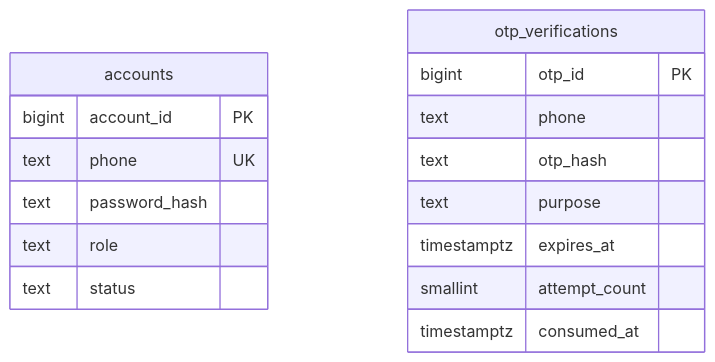
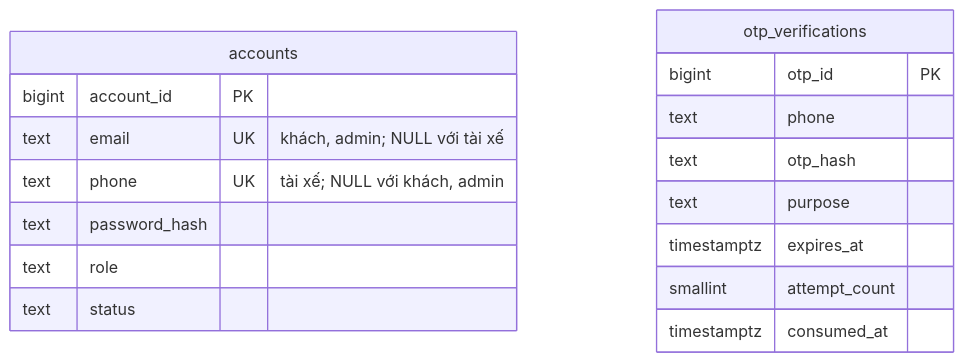
The first of 8 diagrams in docs/design/03-du-lieu.md (nghuuduc21/23699411_NguyenHuuDuc_CabSystem), drawn with Mermaid before and after one commit. The commit also changed other lines of this file and 20 other files, not shown here.

Commit message:
docs: apply lecturer feedback 2026-10-14 (health wording, email login under /auth, customer phone in profile, owner-only driver view, bookings by customer id; ADR-021)

````diff
--- a/docs/design/03-du-lieu.md
+++ b/docs/design/03-du-lieu.md
@@ -100,19 +118,20 @@
 ```mermaid
 erDiagram
   accounts {
     bigint account_id PK
-    text phone UK
+    text email UK "khách, admin; NULL với tài xế"
+    text phone UK "tài xế; NULL với khách, admin"
     text password_hash
     text role
     text status
   }
   otp_verifications {
     bigint otp_id PK
     text phone
     text otp_hash
     text purpose
     timestamptz expires_at
     smallint attempt_count
     timestamptz consumed_at
   }
 ```
````
